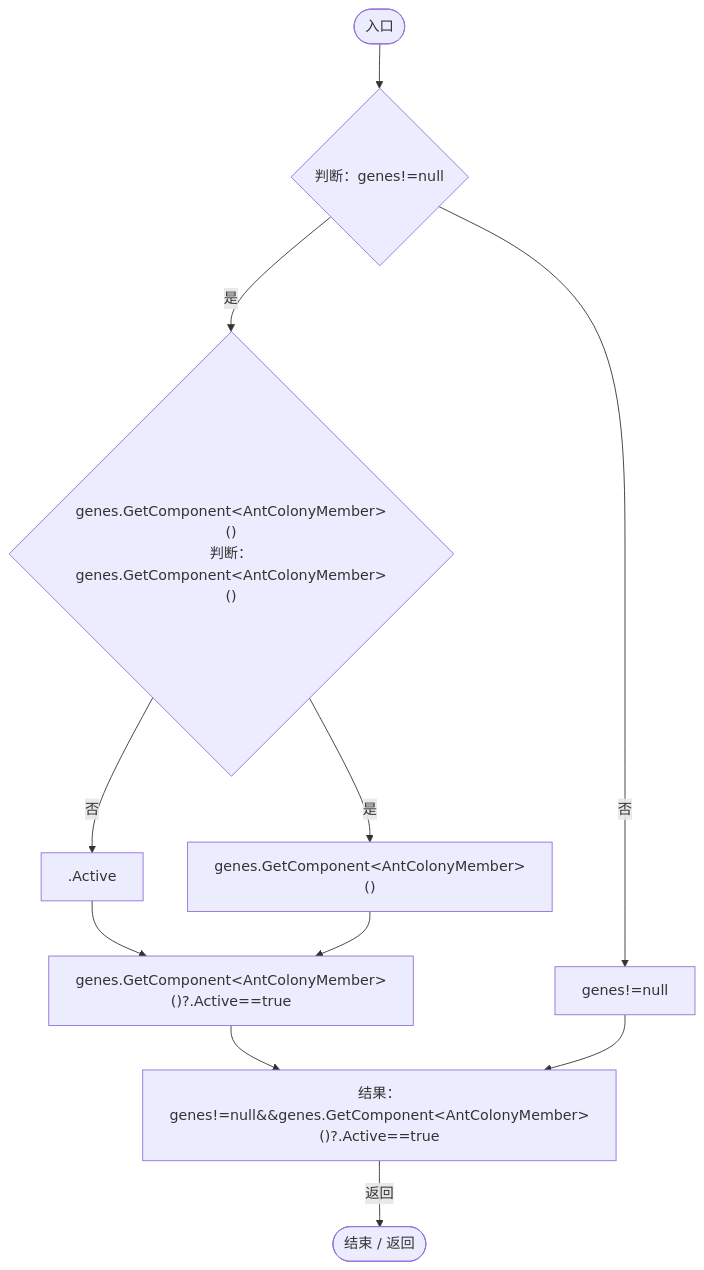
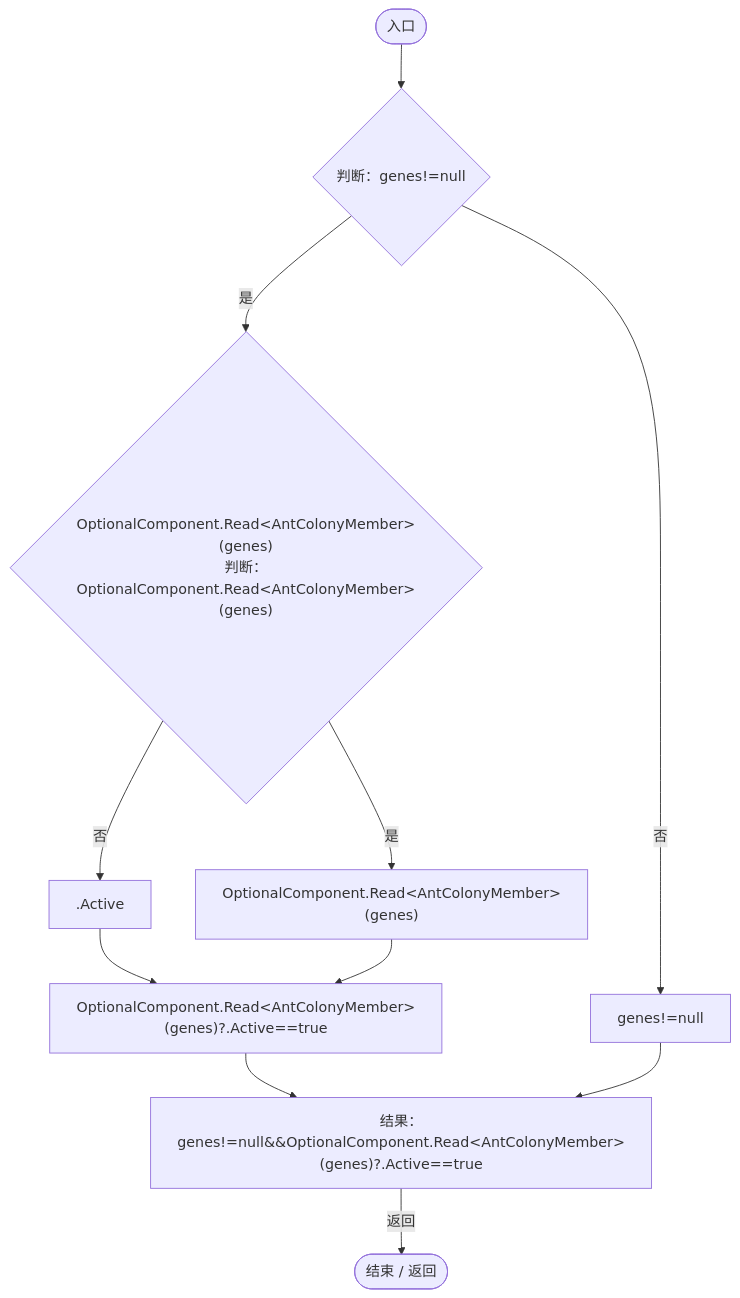
One commit to xhs6666/Darwin_paradise changed diagram 33 of 53 in Docs/运行流程图/脚本/baebd85c05598377.md. Above: the diagram before and after it, drawn with Mermaid. The commit also changed other lines of this file and 212 other files, not shown here.

````diff
--- a/Docs/运行流程图/脚本/baebd85c05598377.md
+++ b/Docs/运行流程图/脚本/baebd85c05598377.md
@@ -793,23 +794,23 @@
 ```mermaid
 flowchart TD
   b0(["入口"])
   b1{"判断：genes!=null"}
-  b2{"genes.GetComponent&lt;AntColonyMember&gt;()<br/>判断：genes.GetComponent&lt;AntColonyMember&gt;()"}
+  b2{"OptionalComponent.Read&lt;AntColonyMember&gt;(genes)<br/>判断：OptionalComponent.Read&lt;AntColonyMember&gt;(genes)"}
   b3[".Active"]
-  b4["genes.GetComponent&lt;AntColonyMember&gt;()"]
-  b5["genes.GetComponent&lt;AntColonyMember&gt;()?.Active==true"]
+  b4["OptionalComponent.Read&lt;AntColonyMember&gt;(genes)"]
+  b5["OptionalComponent.Read&lt;AntColonyMember&gt;(genes)?.Active==true"]
   b6["genes!=null"]
-  b7["结果：genes!=null&amp;&amp;genes.GetComponent&lt;AntColonyMember&gt;()?.Active==true"]
+  b7["结果：genes!=null&amp;&amp;OptionalComponent.Read&lt;AntColonyMember&gt;(genes)?.Active==true"]
   b8(["结束 / 返回"])
   b0 --> b1
   b1 -->|"是"| b2
   b1 -->|"否"| b6
   b2 -->|"否"| b3
   b2 -->|"是"| b4
   b3 --> b5
   b4 --> b5
   b5 --> b7
   b6 --> b7
   b7 -->|"返回"| b8
 
 ```
````
